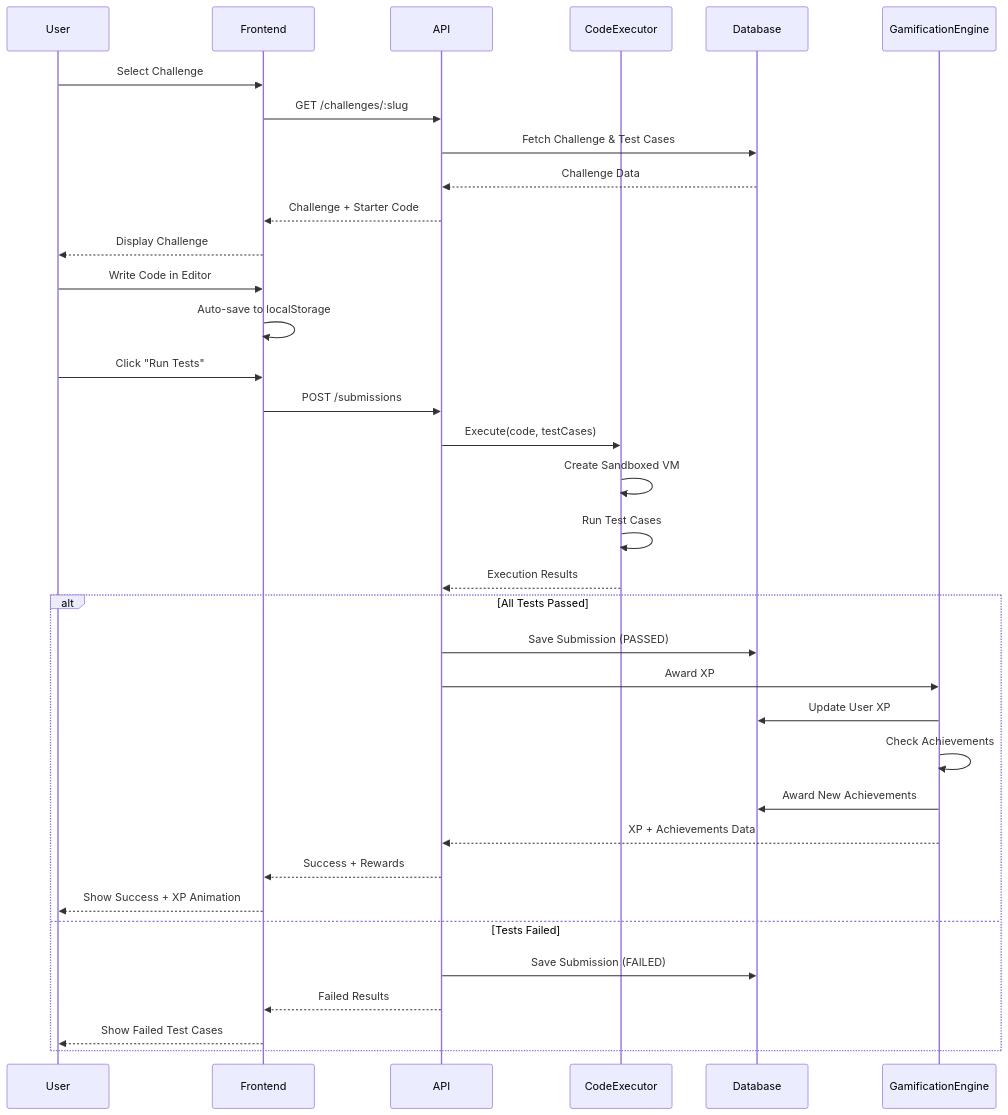
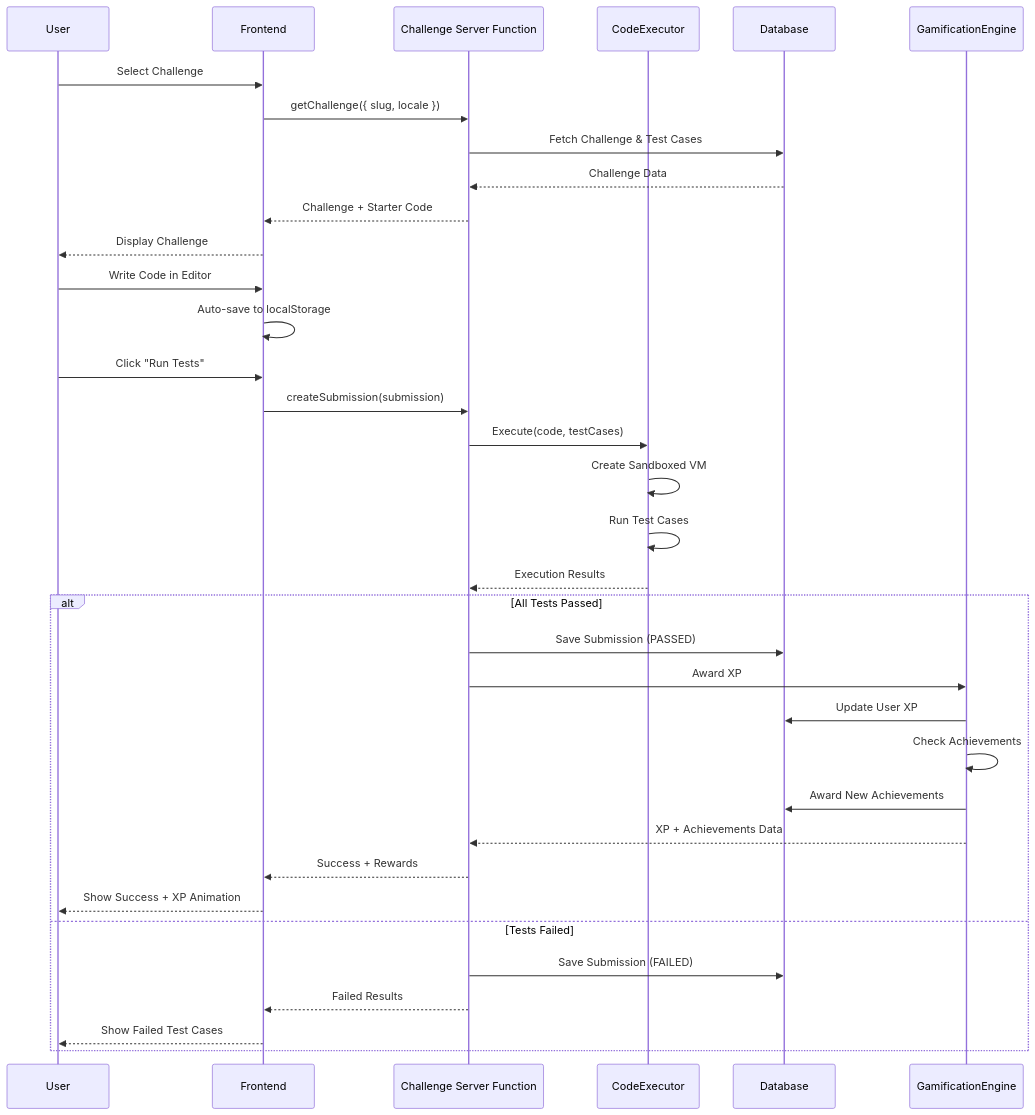
One commit to mihaamiharu/twe changed the second of 12 diagrams in docs/app_flows.md. Above: the diagram before and after it, drawn with Mermaid. The commit also changed 415 other files, not shown here.

````diff
--- a/docs/app_flows.md
+++ b/docs/app_flows.md
@@ -46,42 +46,42 @@
 ```mermaid
 sequenceDiagram
     participant User
     participant Frontend
-    participant API
+    participant ChallengeServerFunction as Challenge Server Function
     participant CodeExecutor
     participant Database
     participant GamificationEngine
 
     User->>Frontend: Select Challenge
-    Frontend->>API: GET /challenges/:slug
-    API->>Database: Fetch Challenge & Test Cases
-    Database-->>API: Challenge Data
-    API-->>Frontend: Challenge + Starter Code
+    Frontend->>ChallengeServerFunction: getChallenge({ slug, locale })
+    ChallengeServerFunction->>Database: Fetch Challenge & Test Cases
+    Database-->>ChallengeServerFunction: Challenge Data
+    ChallengeServerFunction-->>Frontend: Challenge + Starter Code
     Frontend-->>User: Display Challenge
 
     User->>Frontend: Write Code in Editor
     Frontend->>Frontend: Auto-save to localStorage
 
     User->>Frontend: Click "Run Tests"
-    Frontend->>API: POST /submissions
-    API->>CodeExecutor: Execute(code, testCases)
+    Frontend->>ChallengeServerFunction: createSubmission(submission)
+    ChallengeServerFunction->>CodeExecutor: Execute(code, testCases)
 
     CodeExecutor->>CodeExecutor: Create Sandboxed VM
     CodeExecutor->>CodeExecutor: Run Test Cases
-    CodeExecutor-->>API: Execution Results
+    CodeExecutor-->>ChallengeServerFunction: Execution Results
 
     alt All Tests Passed
-        API->>Database: Save Submission (PASSED)
-        API->>GamificationEngine: Award XP
+        ChallengeServerFunction->>Database: Save Submission (PASSED)
+        ChallengeServerFunction->>GamificationEngine: Award XP
         GamificationEngine->>Database: Update User XP
         GamificationEngine->>GamificationEngine: Check Achievements
         GamificationEngine->>Database: Award New Achievements
-        GamificationEngine-->>API: XP + Achievements Data
-        API-->>Frontend: Success + Rewards
+        GamificationEngine-->>ChallengeServerFunction: XP + Achievements Data
+        ChallengeServerFunction-->>Frontend: Success + Rewards
         Frontend-->>User: Show Success + XP Animation
     else Tests Failed
-        API->>Database: Save Submission (FAILED)
-        API-->>Frontend: Failed Results
+        ChallengeServerFunction->>Database: Save Submission (FAILED)
+        ChallengeServerFunction-->>Frontend: Failed Results
         Frontend-->>User: Show Failed Test Cases
     end
 ```
````
